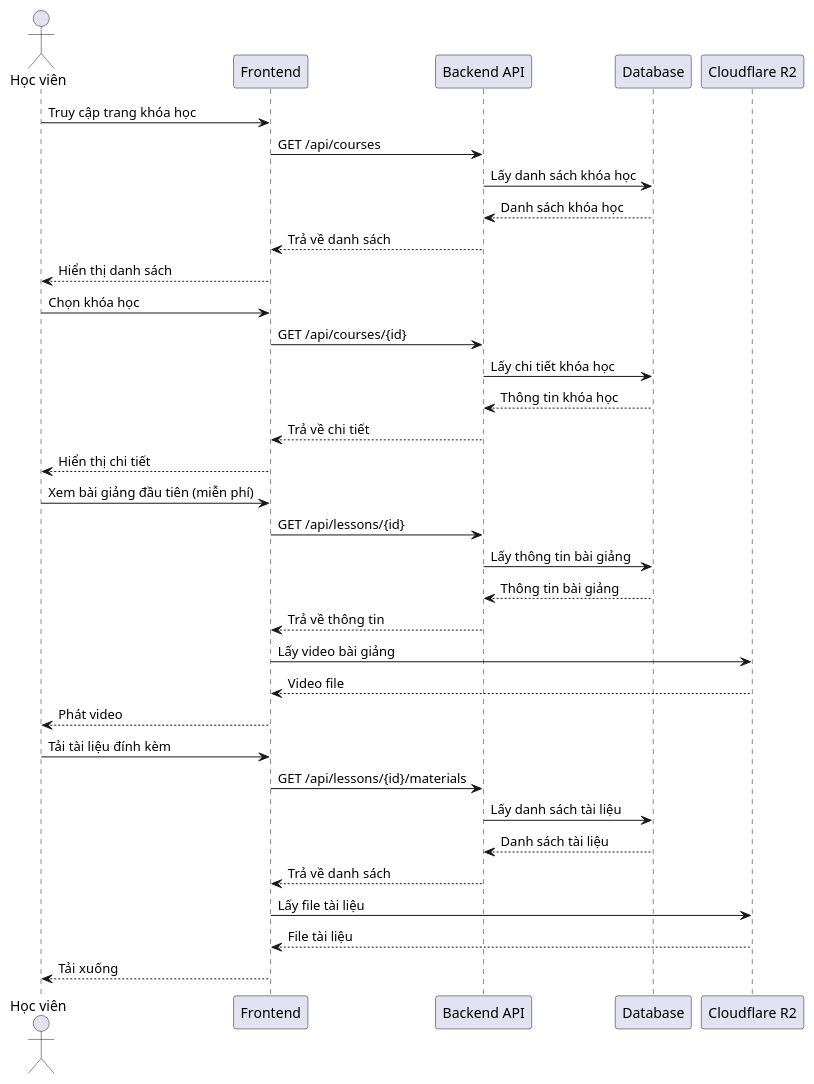
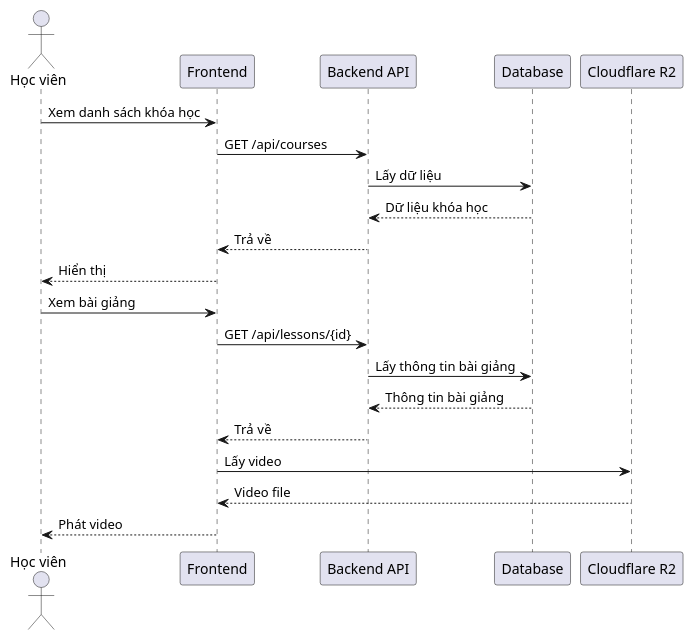
Before and after one commit to ngocnghia81/KhoiTriSo-PHP: the third of 18 diagrams in khoitriso-be/BIEU_DO_UML.md, drawn with PlantUML. The commit also changed other lines of this file and 23 other files, not shown here.

````diff
--- a/khoitriso-be/BIEU_DO_UML.md
+++ b/khoitriso-be/BIEU_DO_UML.md
@@ -91,42 +59,26 @@
 ```plantuml
 @startuml
 actor "Học viên" as Student
 participant "Frontend" as FE
 participant "Backend API" as API
 participant "Database" as DB
 participant "Cloudflare R2" as R2
 
-Student -> FE: Truy cập trang khóa học
+Student -> FE: Xem danh sách khóa học
 FE -> API: GET /api/courses
-API -> DB: Lấy danh sách khóa học
-DB --> API: Danh sách khóa học
-API --> FE: Trả về danh sách
-FE --> Student: Hiển thị danh sách
+API -> DB: Lấy dữ liệu
+DB --> API: Dữ liệu khóa học
+API --> FE: Trả về
+FE --> Student: Hiển thị
 
-Student -> FE: Chọn khóa học
-FE -> API: GET /api/courses/{id}
-API -> DB: Lấy chi tiết khóa học
-DB --> API: Thông tin khóa học
-API --> FE: Trả về chi tiết
-FE --> Student: Hiển thị chi tiết
-
-Student -> FE: Xem bài giảng đầu tiên (miễn phí)
+Student -> FE: Xem bài giảng
 FE -> API: GET /api/lessons/{id}
 API -> DB: Lấy thông tin bài giảng
 DB --> API: Thông tin bài giảng
-API --> FE: Trả về thông tin
-FE -> R2: Lấy video bài giảng
+API --> FE: Trả về
+FE -> R2: Lấy video
 R2 --> FE: Video file
 FE --> Student: Phát video
 
-Student -> FE: Tải tài liệu đính kèm
-FE -> API: GET /api/lessons/{id}/materials
-API -> DB: Lấy danh sách tài liệu
-DB --> API: Danh sách tài liệu
-API --> FE: Trả về danh sách
-FE -> R2: Lấy file tài liệu
-R2 --> FE: File tài liệu
-FE --> Student: Tải xuống
-
 @enduml
 ```
````
